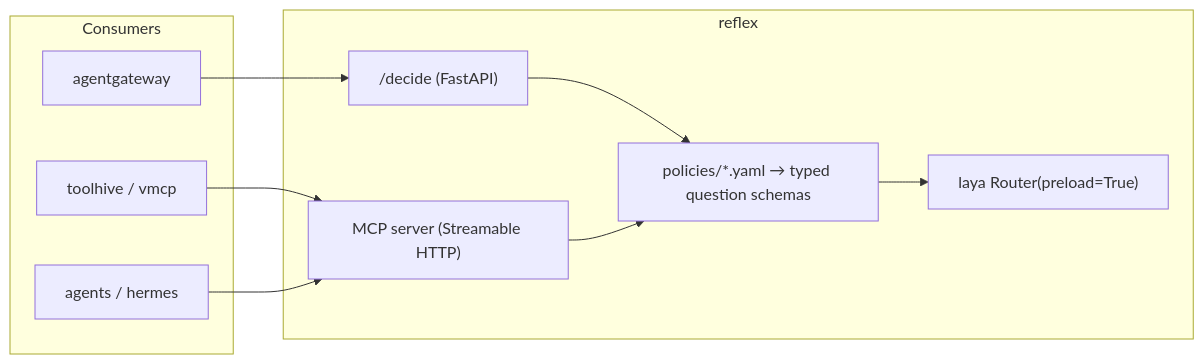
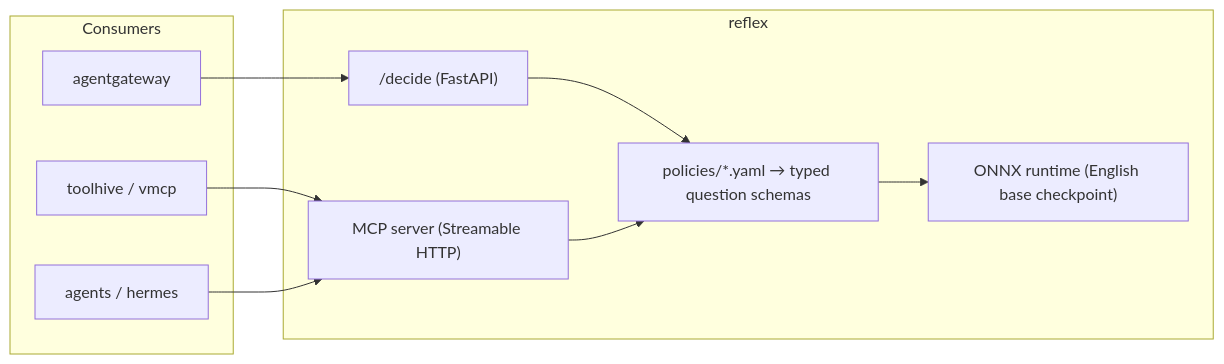
One commit to soulwhisper/reflex changed the diagram in README.md. Above: the diagram before and after it, drawn with Mermaid. The commit also changed other lines of this file and 10 other files, not shown here.

First line of the commit message:
feat(runtime)!: ONNX release format (tozp/laya-onnx), torch stack dropped (#18)

````diff
--- a/README.md
+++ b/README.md
@@ -14,19 +14,19 @@
 ```mermaid
 flowchart LR
     subgraph Consumers
         GW[agentgateway]
         TH[toolhive / vmcp]
         AG[agents / hermes]
     end
     subgraph reflex
         API["/decide (FastAPI)"]
         MCP["MCP server (Streamable HTTP)"]
         POL["policies/*.yaml → typed question schemas"]
-        RTR["laya Router(preload=True)"]
+        RTR["ONNX runtime (English base checkpoint)"]
     end
     GW --> API
     TH --> MCP
     AG --> MCP
     API --> POL --> RTR
     MCP --> POL
 ```
````
